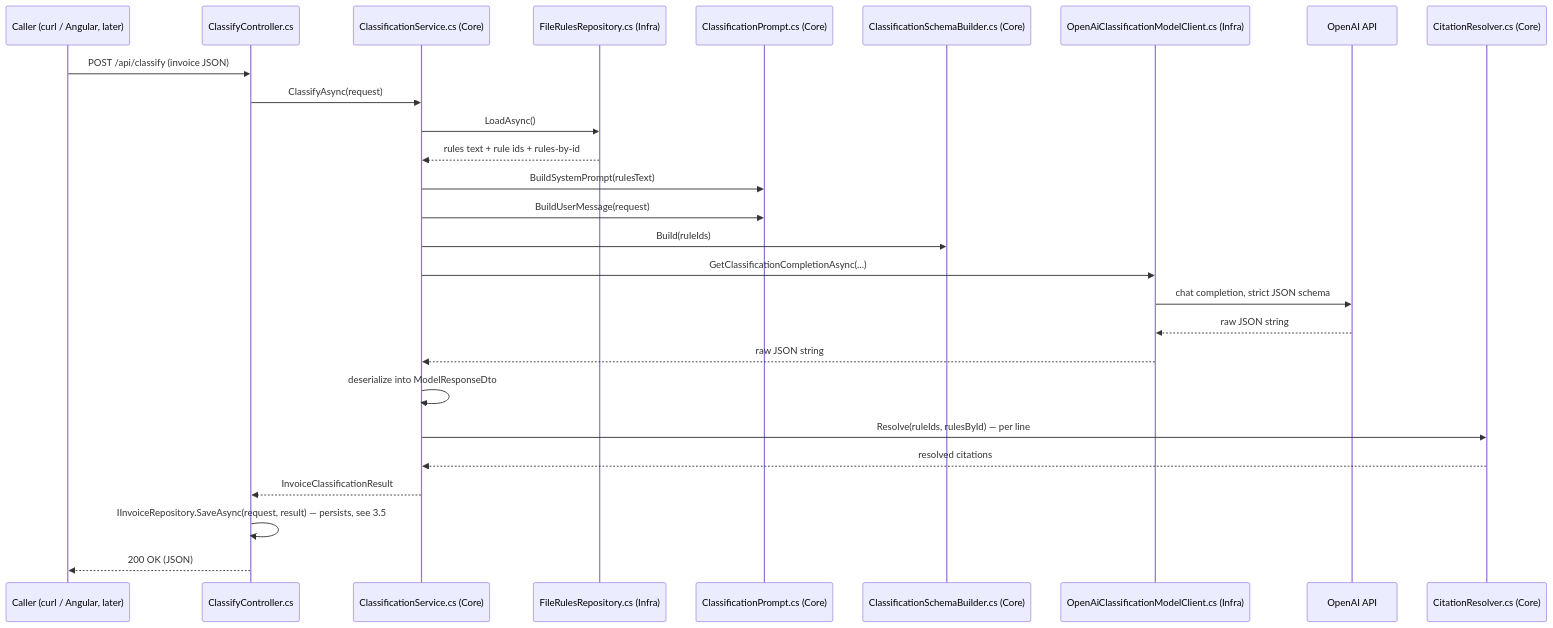
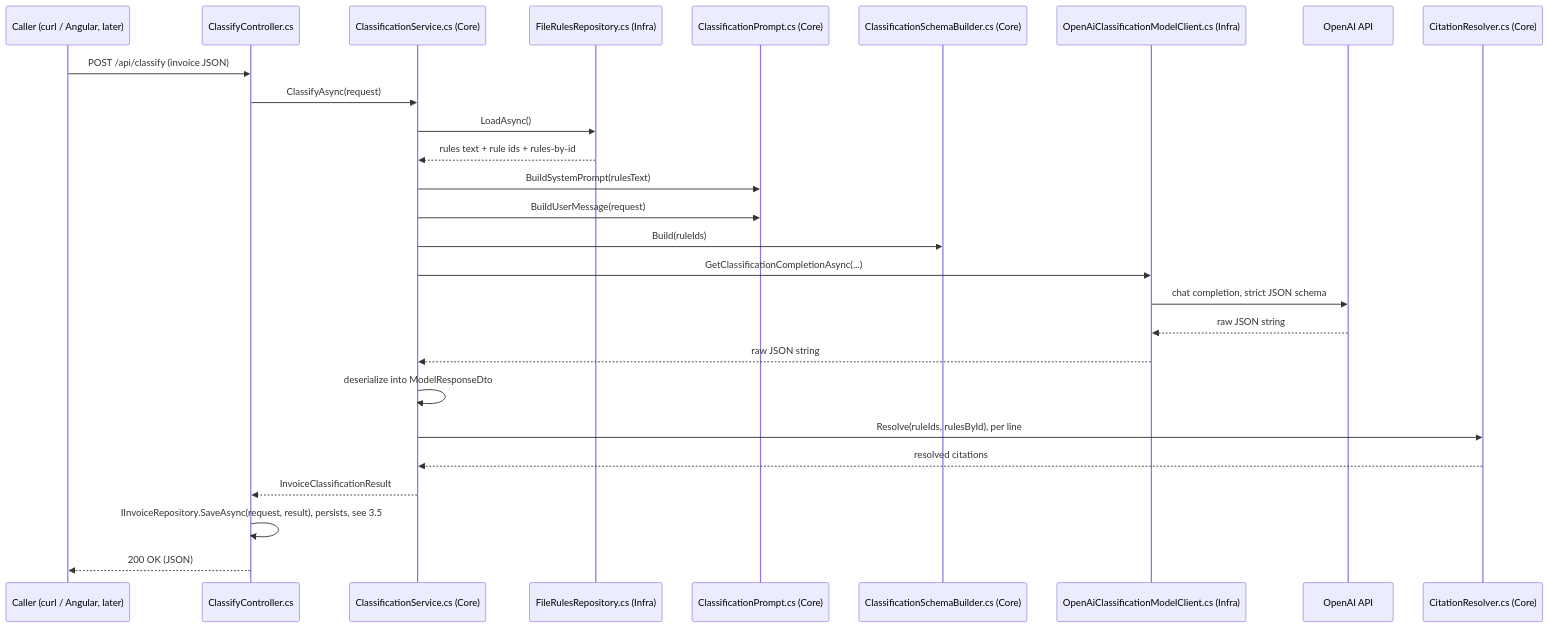
One commit to Jangorito/Construction-Industry-Scheme-Project changed the second of 6 diagrams in CIS_PRODUCTION_BUILD_GUIDE.md. Above: the diagram before and after it, drawn with Mermaid. The commit also changed other lines of this file and 26 other files, not shown here.

````diff
--- a/CIS_PRODUCTION_BUILD_GUIDE.md
+++ b/CIS_PRODUCTION_BUILD_GUIDE.md
@@ -81,30 +81,30 @@
 ```mermaid
 sequenceDiagram
     participant Caller as Caller (curl / Angular, later)
     participant Ctrl as ClassifyController.cs
     participant Svc as ClassificationService.cs (Core)
     participant Rules as FileRulesRepository.cs (Infra)
     participant Prompt as ClassificationPrompt.cs (Core)
     participant Schema as ClassificationSchemaBuilder.cs (Core)
     participant Model as OpenAiClassificationModelClient.cs (Infra)
     participant OpenAI as OpenAI API
     participant Cite as CitationResolver.cs (Core)
 
     Caller->>Ctrl: POST /api/classify (invoice JSON)
     Ctrl->>Svc: ClassifyAsync(request)
     Svc->>Rules: LoadAsync()
     Rules-->>Svc: rules text + rule ids + rules-by-id
     Svc->>Prompt: BuildSystemPrompt(rulesText)
     Svc->>Prompt: BuildUserMessage(request)
     Svc->>Schema: Build(ruleIds)
     Svc->>Model: GetClassificationCompletionAsync(...)
     Model->>OpenAI: chat completion, strict JSON schema
     OpenAI-->>Model: raw JSON string
     Model-->>Svc: raw JSON string
     Svc->>Svc: deserialize into ModelResponseDto
-    Svc->>Cite: Resolve(ruleIds, rulesById) — per line
+    Svc->>Cite: Resolve(ruleIds, rulesById), per line
     Cite-->>Svc: resolved citations
     Svc-->>Ctrl: InvoiceClassificationResult
-    Ctrl->>Ctrl: IInvoiceRepository.SaveAsync(request, result) — persists, see 3.5
+    Ctrl->>Ctrl: IInvoiceRepository.SaveAsync(request, result), persists, see 3.5
     Ctrl-->>Caller: 200 OK (JSON)
 ```
````
